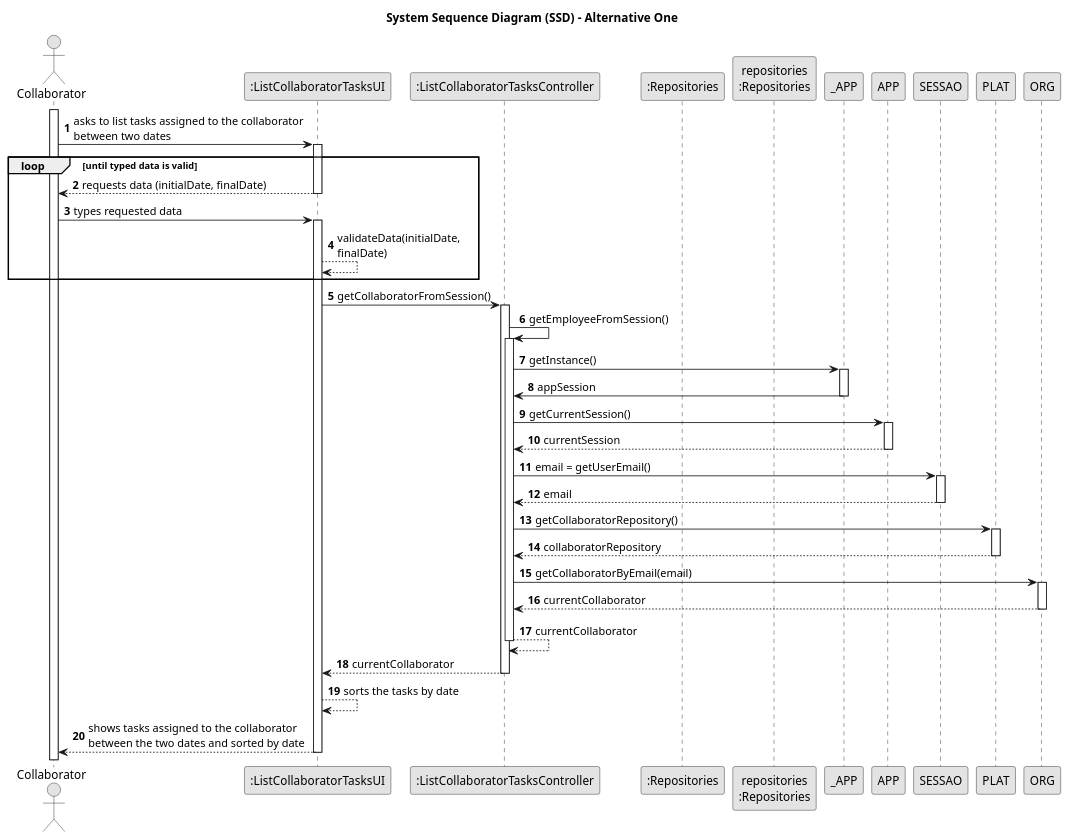
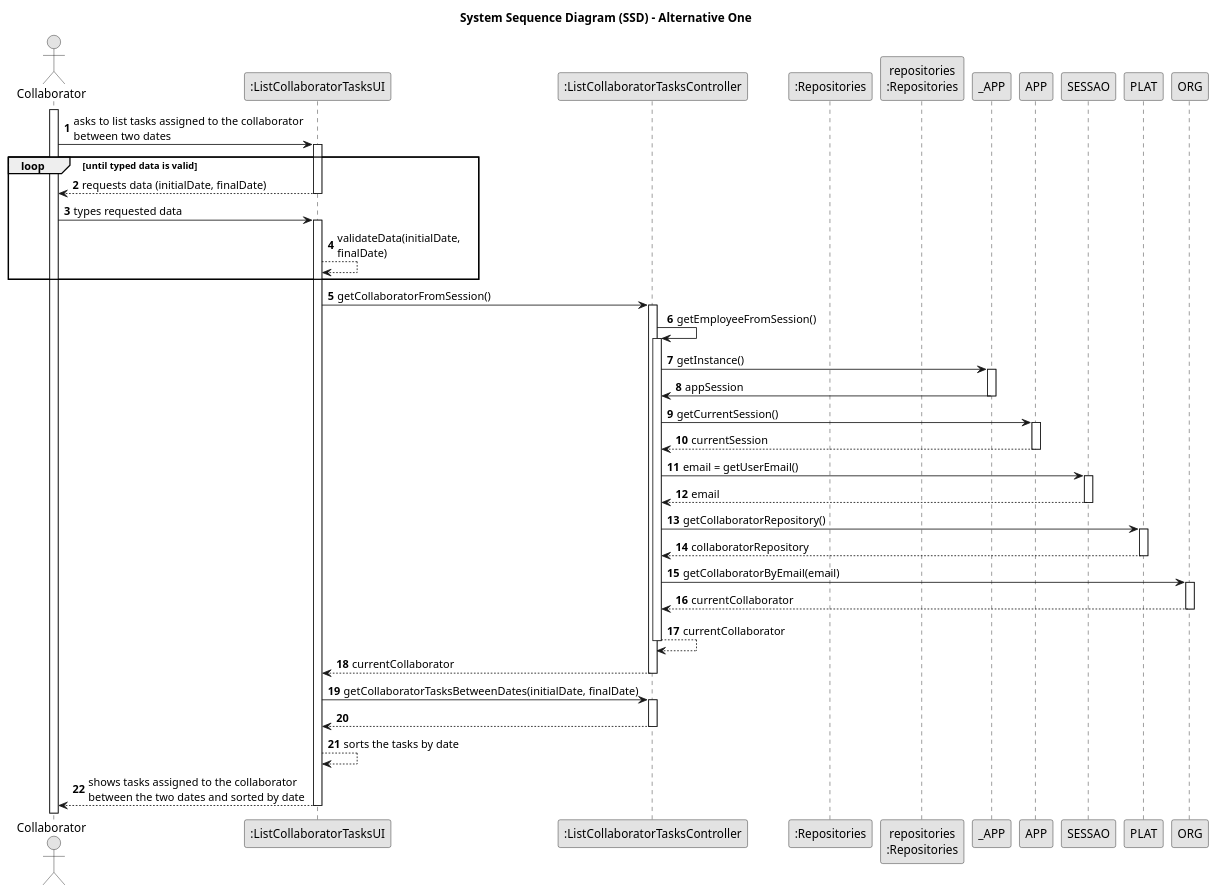
The diagram in docs/sprintC/us028/03.design/puml/us028-sequence-diagram.puml (Rui-San/LAPR2_2023_2024), drawn with PlantUML before and after one commit. The commit also changed 3 other files, not shown here.

```diff
--- a/docs/sprintC/us028/03.design/puml/us028-sequence-diagram.puml
+++ b/docs/sprintC/us028/03.design/puml/us028-sequence-diagram.puml
@@ -1,76 +1,83 @@
 @startuml
 skinparam monochrome true
 skinparam packageStyle rectangle
 skinparam shadowing false
 
 title System Sequence Diagram (SSD) - Alternative One
 
 autonumber
 
 actor "Collaborator" as Collaborator
 participant ":ListCollaboratorTasksUI" as UI
 participant ":ListCollaboratorTasksController" as CTRL
 participant ":Repositories" as REPO
 participant "repositories\n:Repositories" as REPOInsctance
 
 activate Collaborator
 
     Collaborator -> UI : asks to list tasks assigned to the collaborator\nbetween two dates
     activate UI
 
 loop until typed data is valid
         UI --> Collaborator : requests data (initialDate, finalDate)
     deactivate UI
 
     Collaborator -> UI : types requested data
     activate UI
         UI --> UI : validateData(initialDate,\nfinalDate)
 end loop
 
         UI -> CTRL : getCollaboratorFromSession()
         activate CTRL
             CTRL -> CTRL : getEmployeeFromSession()
             activate CTRL
 
                 CTRL -> _APP: getInstance()
                 activate _APP
                     _APP -> CTRL: appSession
                 deactivate _APP
 
 
                 CTRL -> APP: getCurrentSession()
                 activate APP
 
                     APP --> CTRL: currentSession
                 deactivate APP
 
                 CTRL -> SESSAO: email = getUserEmail()
                 activate SESSAO
 
                     SESSAO --> CTRL: email
                 deactivate SESSAO
 
 
                 CTRL -> PLAT: getCollaboratorRepository()
                 activate PLAT
 
                     PLAT --> CTRL: collaboratorRepository
                 deactivate PLAT
 
                 CTRL -> ORG: getCollaboratorByEmail(email)
                 activate ORG
 
                     ORG --> CTRL : currentCollaborator
                 deactivate ORG
 
                 CTRL --> CTRL : currentCollaborator
             deactivate CTRL
 
             CTRL --> UI : currentCollaborator
         deactivate CTRL
 
+        UI -> CTRL : getCollaboratorTasksBetweenDates(initialDate, finalDate)
+        activate CTRL
+
+
+            CTRL --> UI
+        deactivate CTRL
+
         UI--> UI: sorts the tasks by date
         UI --> Collaborator : shows tasks assigned to the collaborator\nbetween the two dates and sorted by date
     deactivate UI
 
 @enduml
```
